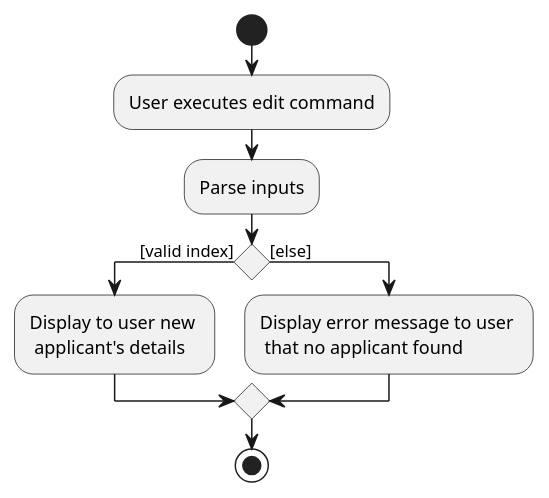
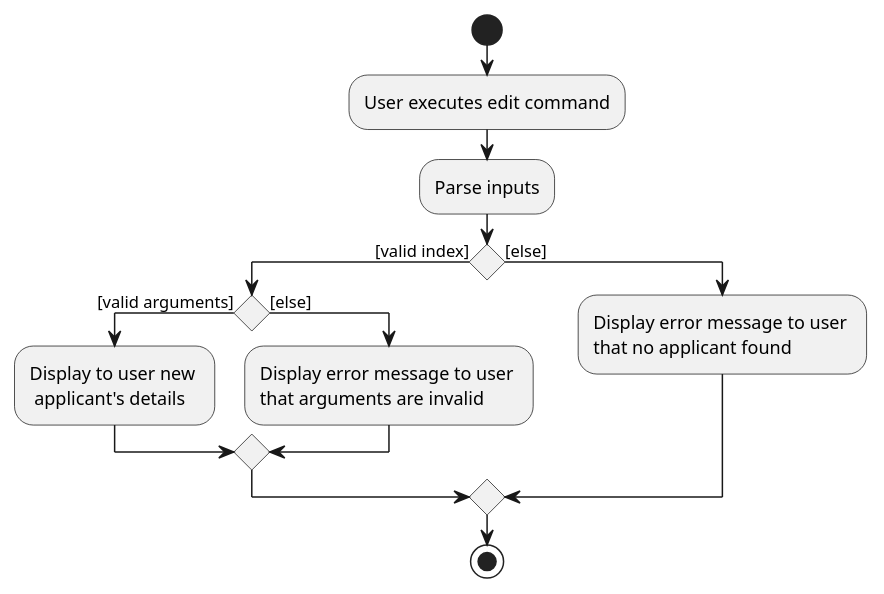
Before and after one commit to zzhikai/tp: the diagram in docs/diagrams/EditActivityDiagram.puml, drawn with PlantUML. The commit also changed 1 other file, not shown here.

Commit message:
update Edit command activity diagram

```diff
--- a/docs/diagrams/EditActivityDiagram.puml
+++ b/docs/diagrams/EditActivityDiagram.puml
@@ -1,16 +1,19 @@
 @startuml
 'https://plantuml.com/activity-diagram-beta
 
 start
 :User executes edit command;
 :Parse inputs;
 if () then ([valid index])
-:Display to user new \n applicant's details;
+    if () then ([valid arguments])
+    :Display to user new \n applicant's details;
+    else ([else])
+    :Display error message to user \nthat arguments are invalid;
+    endif
 else ([else])
-:Display error message to user \n that no applicant found;
+:Display error message to user \nthat no applicant found;
 endif
-
 
 stop
 
 @enduml
```
